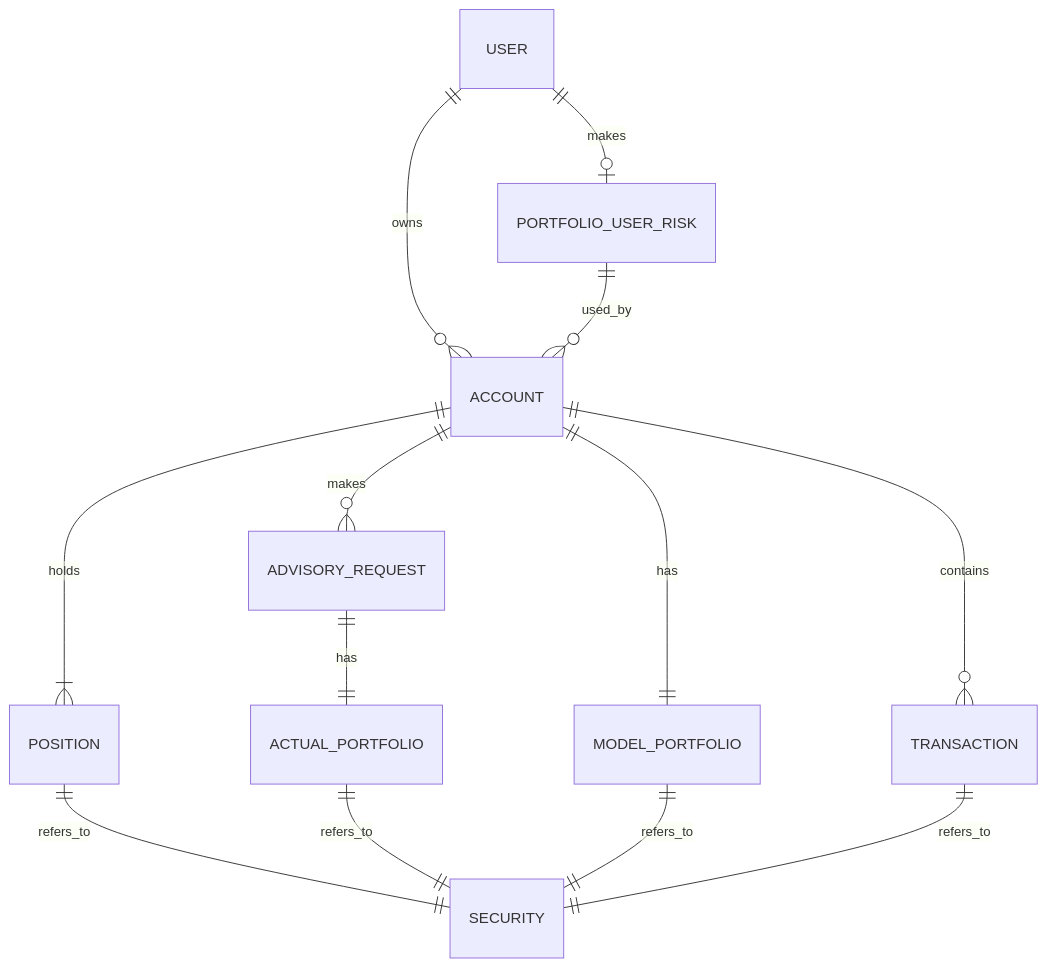
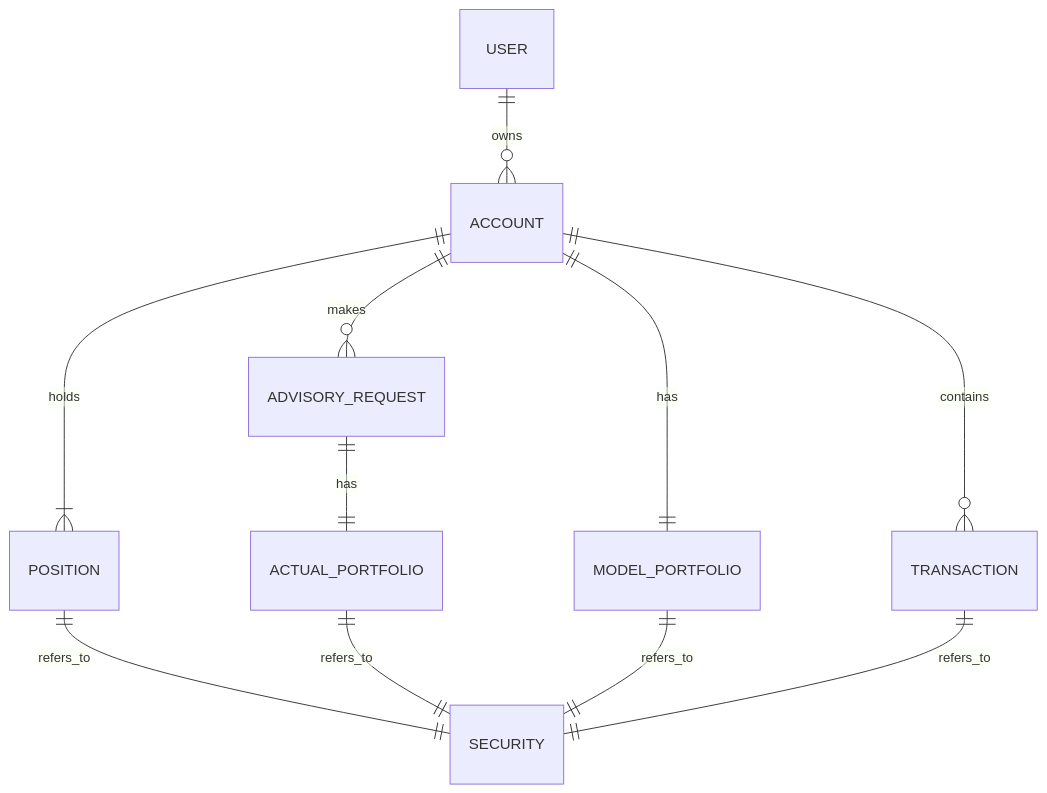
Before and after one commit to dalcon10028/aim_backend_coding_test: the diagram in README.md, drawn with Mermaid. The commit also changed other lines of this file and 13 other files, not shown here.

Commit message:
feat: add create account with risk type

````diff
--- a/README.md
+++ b/README.md
@@ -15,15 +15,13 @@
 ```mermaid
 erDiagram
     USER ||--o{ ACCOUNT: owns
     ACCOUNT ||--o{ TRANSACTION: contains
-    USER ||--o| PORTFOLIO_USER_RISK: makes
-    PORTFOLIO_USER_RISK ||--o{ ACCOUNT: used_by
     ACCOUNT ||--|| MODEL_PORTFOLIO: has
     ACCOUNT ||--|{ POSITION: holds
     ACCOUNT ||--o{ ADVISORY_REQUEST: makes
     ADVISORY_REQUEST ||--|| ACTUAL_PORTFOLIO: has
     POSITION ||--|| SECURITY: refers_to
     ACTUAL_PORTFOLIO ||--|| SECURITY: refers_to
     MODEL_PORTFOLIO ||--|| SECURITY: refers_to
     TRANSACTION ||--|| SECURITY: refers_to
 ```
````
